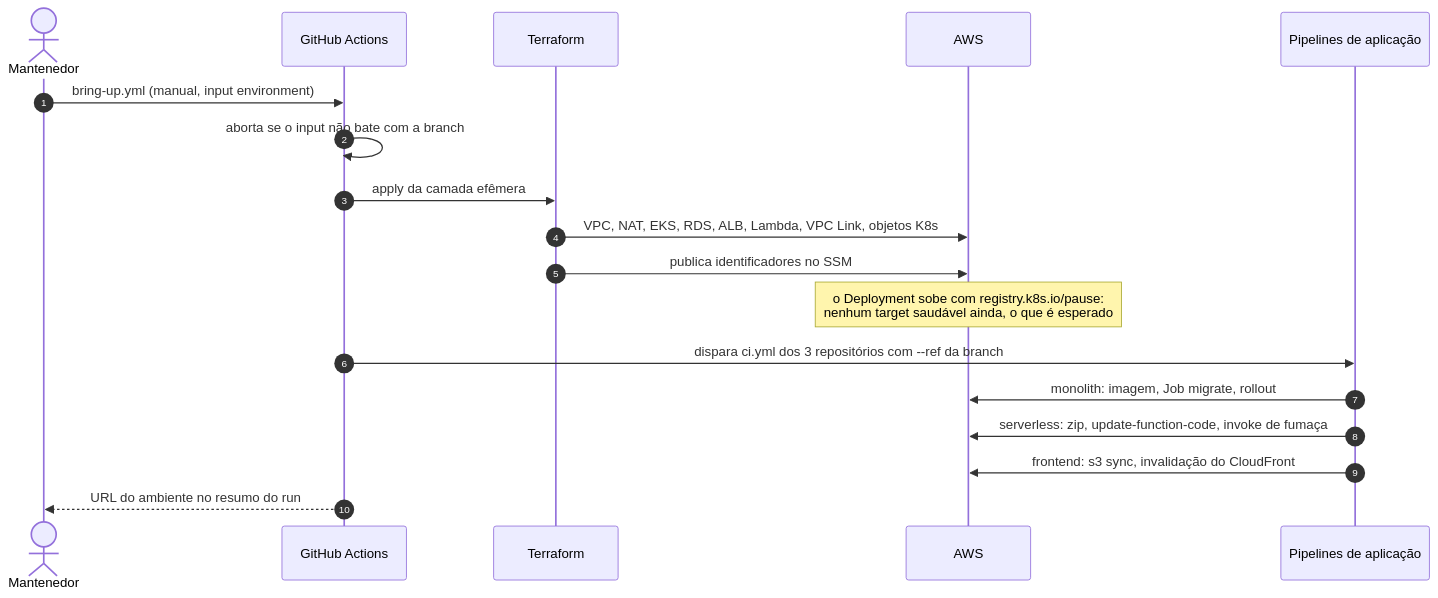
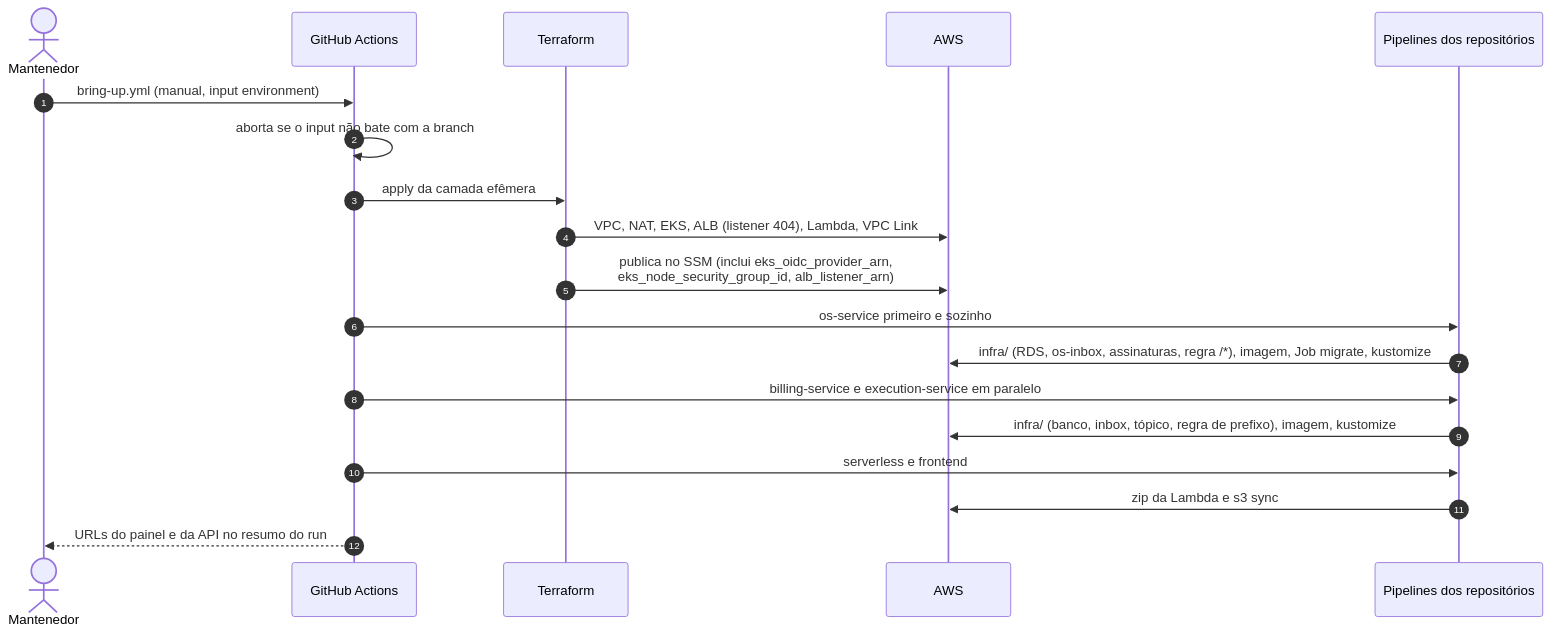
The second of 2 diagrams in docs/diagramas/implantacao.md (SOAT-15-Oficina/oficina-mecanica-infrastructure), drawn with Mermaid before and after one commit. The commit also changed other lines of this file and 4 other files, not shown here.

First line of the commit message:
Atualiza README e diagramas para a plataforma da Fase 4

````diff
--- a/docs/diagramas/implantacao.md
+++ b/docs/diagramas/implantacao.md
@@ -81,21 +91,22 @@
 ```mermaid
 sequenceDiagram
     autonumber
     actor DEV as Mantenedor
     participant GHA as GitHub Actions
     participant TF as Terraform
     participant AWS as AWS
-    participant APP as Pipelines de aplicação
+    participant APP as Pipelines dos repositórios
 
     DEV->>GHA: bring-up.yml (manual, input environment)
     GHA->>GHA: aborta se o input não bate com a branch
     GHA->>TF: apply da camada efêmera
-    TF->>AWS: VPC, NAT, EKS, RDS, ALB, Lambda, VPC Link, objetos K8s
-    TF->>AWS: publica identificadores no SSM
-    Note over AWS: o Deployment sobe com registry.k8s.io/pause:<br/>nenhum target saudável ainda, o que é esperado
-    GHA->>APP: dispara ci.yml dos 3 repositórios com --ref da branch
-    APP->>AWS: monolith: imagem, Job migrate, rollout
-    APP->>AWS: serverless: zip, update-function-code, invoke de fumaça
-    APP->>AWS: frontend: s3 sync, invalidação do CloudFront
-    GHA-->>DEV: URL do ambiente no resumo do run
+    TF->>AWS: VPC, NAT, EKS, ALB (listener 404), Lambda, VPC Link
+    TF->>AWS: publica no SSM (inclui eks_oidc_provider_arn,<br/>eks_node_security_group_id, alb_listener_arn)
+    GHA->>APP: os-service primeiro e sozinho
+    APP->>AWS: infra/ (RDS, os-inbox, assinaturas, regra /*), imagem, Job migrate, kustomize
+    GHA->>APP: billing-service e execution-service em paralelo
+    APP->>AWS: infra/ (banco, inbox, tópico, regra de prefixo), imagem, kustomize
+    GHA->>APP: serverless e frontend
+    APP->>AWS: zip da Lambda e s3 sync
+    GHA-->>DEV: URLs do painel e da API no resumo do run
 ```
````
